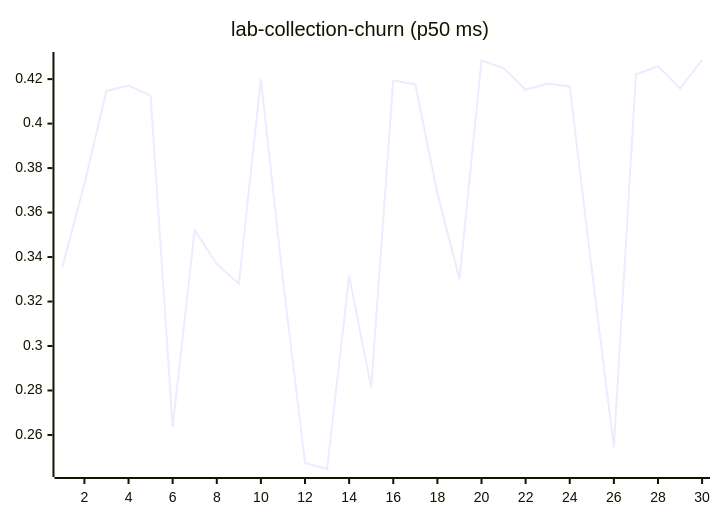
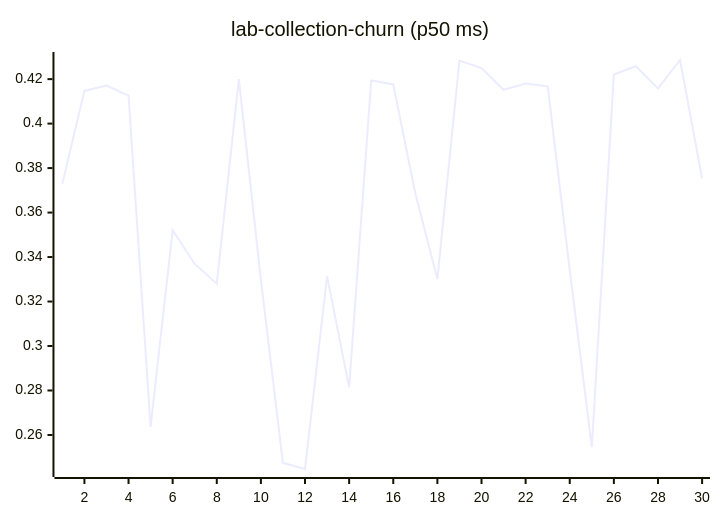
Diagram 11 of 27 in README.md (josha/Facet), drawn with Mermaid before and after one commit. The commit also changed other lines of this file and 2 other files, not shown here.

````diff
--- a/README.md
+++ b/README.md
@@ -133,6 +133,6 @@
 ```mermaid
 xychart-beta
     title "lab-collection-churn (p50 ms)"
     x-axis 1 --> 30
-    line [0.3354, 0.3730, 0.4147, 0.4171, 0.4126, 0.2636, 0.3521, 0.3369, 0.3280, 0.4200, 0.3297, 0.2474, 0.2447, 0.3314, 0.2814, 0.4194, 0.4176, 0.3686, 0.3301, 0.4283, 0.4250, 0.4152, 0.4180, 0.4167, 0.3342, 0.2545, 0.4221, 0.4258, 0.4158, 0.4286]
+    line [0.3730, 0.4147, 0.4171, 0.4126, 0.2636, 0.3521, 0.3369, 0.3280, 0.4200, 0.3297, 0.2474, 0.2447, 0.3314, 0.2814, 0.4194, 0.4176, 0.3686, 0.3301, 0.4283, 0.4250, 0.4152, 0.4180, 0.4167, 0.3342, 0.2545, 0.4221, 0.4258, 0.4158, 0.4286, 0.3753]
 ```
````
